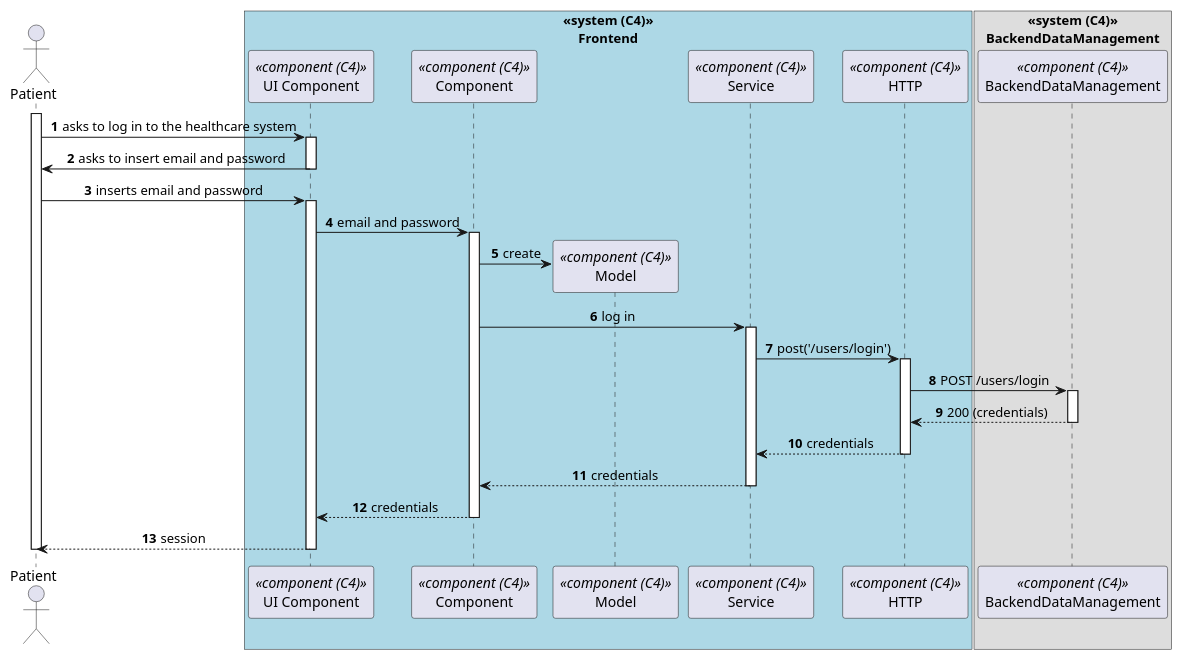
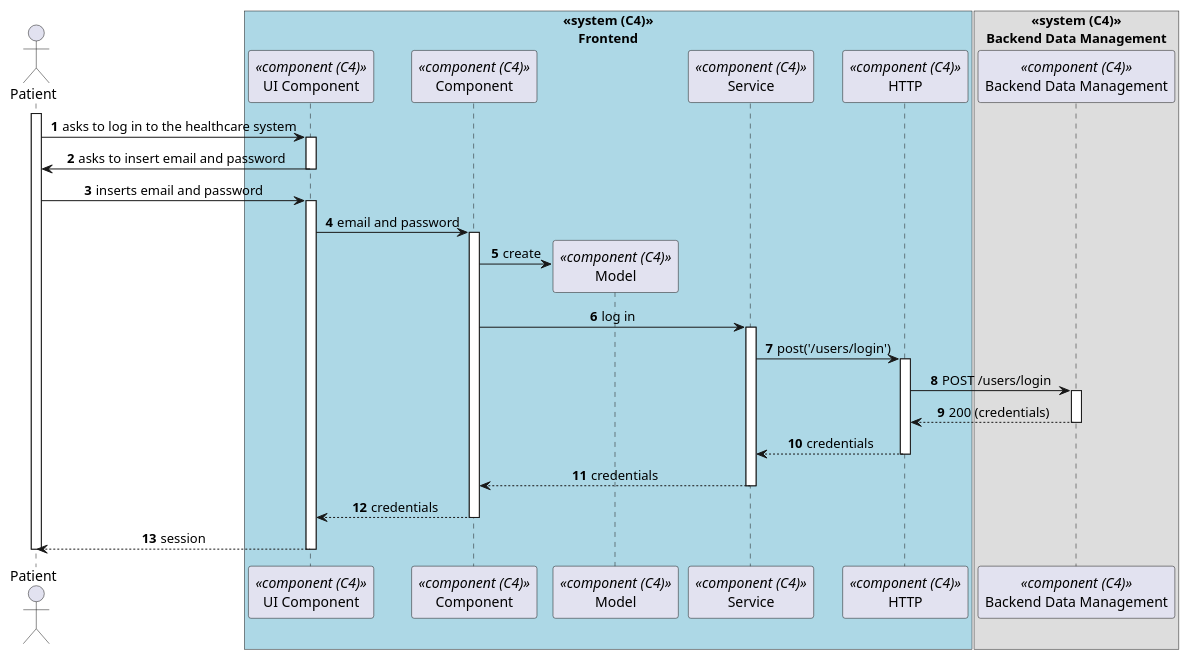
The diagram in docs/sprint-b/us-6.2.5/views/level3/process-view.puml (1220846/sem5pi-24-25-3ddg20), drawn with PlantUML before and after one commit. The commit also changed 1 other file, not shown here.

```diff
--- a/docs/sprint-b/us-6.2.5/views/level3/process-view.puml
+++ b/docs/sprint-b/us-6.2.5/views/level3/process-view.puml
@@ -1,63 +1,63 @@
 @startuml process-view
 autonumber
 skinparam DefaultTextAlignment center
 actor Patient as "Patient"
 box "<<system (C4)>>\nFrontend"#LightBlue
     participant ComponentUI as "UI Component" <<component (C4)>>
     participant Component as "Component" <<component (C4)>>
     participant Model as "Model" <<component (C4)>>
     participant Service as "Service" <<component (C4)>>
     participant HTTP as "HTTP" <<component (C4)>>
 end box
 
-box "<<system (C4)>>\nBackendDataManagement"
-  participant BackendDataManagement as "BackendDataManagement" <<component (C4)>>
+box "<<system (C4)>>\nBackend Data Management"
+  participant BackendDataManagement as "Backend Data Management" <<component (C4)>>
 end box
 
 activate Patient
 
     Patient -> ComponentUI : asks to log in to the healthcare system
     activate ComponentUI
 
         ComponentUI -> Patient : asks to insert email and password
     
     deactivate ComponentUI
 
     Patient -> ComponentUI : inserts email and password
 
     activate ComponentUI
 
         ComponentUI -> Component : email and password
     
         activate Component
 
             Component -> Model** : create
             
             Component -> Service : log in
             activate Service
 
                 Service -> HTTP : post('/users/login')
 
                 activate HTTP
                     HTTP -> BackendDataManagement : POST /users/login
 
                     activate BackendDataManagement
                         BackendDataManagement --> HTTP : 200 (credentials)
                     deactivate BackendDataManagement
                     
                     HTTP --> Service : credentials
 
                 deactivate HTTP
 
                 Service --> Component : credentials
             deactivate Service
 
             Component --> ComponentUI : credentials
         deactivate Component
 
     Patient <-- ComponentUI : session
     deactivate ComponentUI
 
 deactivate Patient
 
 @enduml
```
